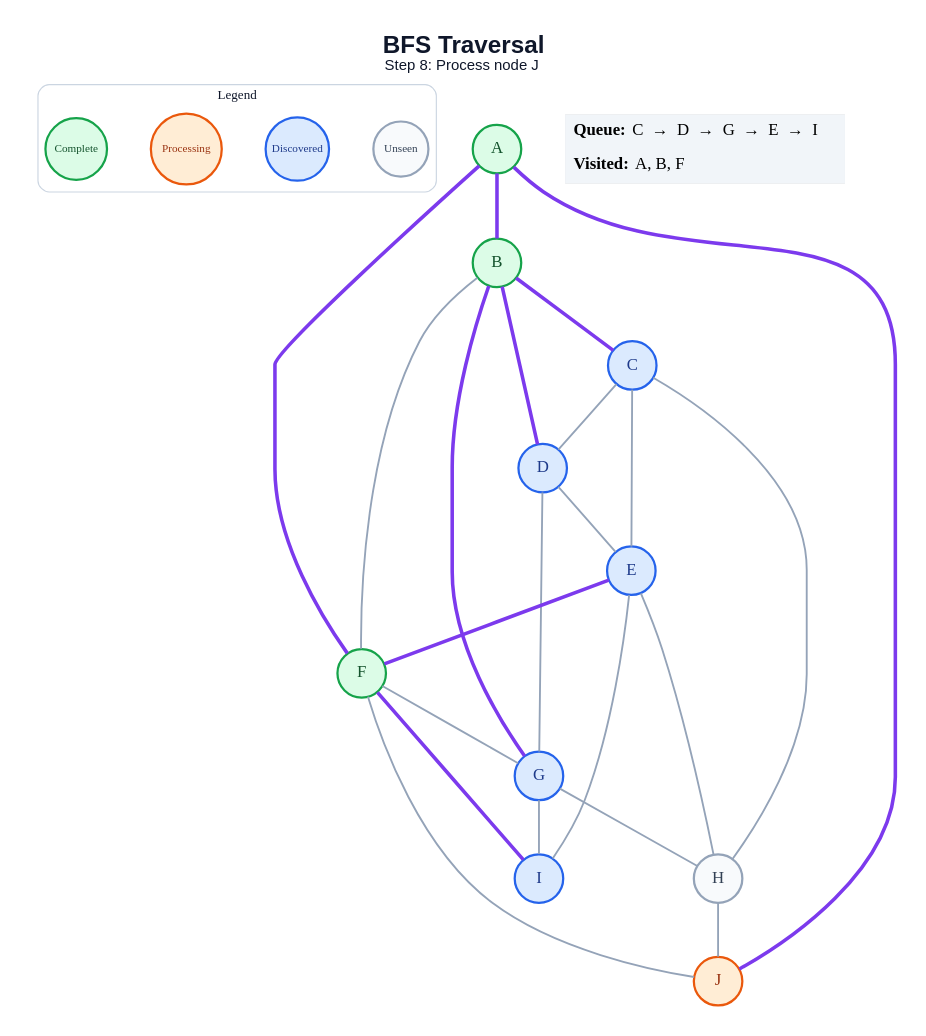
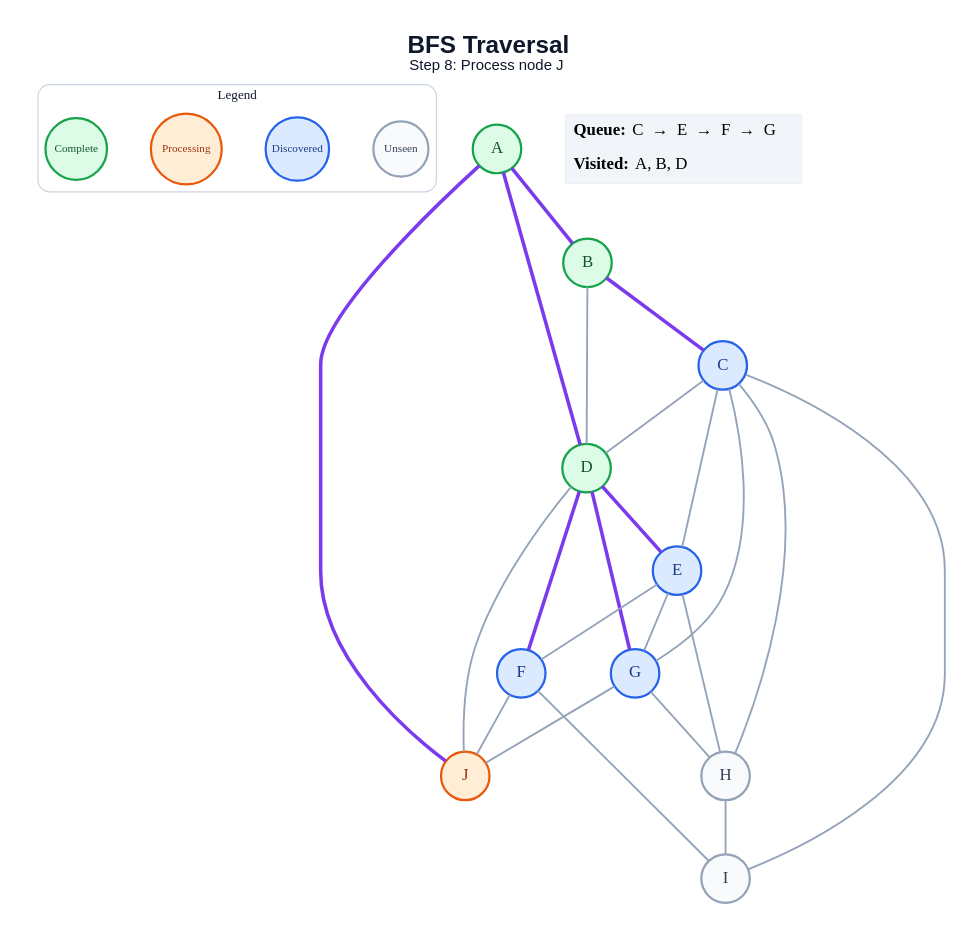
Before and after one commit to anon7238593-create/ai-slop: the diagram in generated/bfs/step_08.dot, drawn with Graphviz. The commit also changed 171 other files, not shown here.

```diff
--- a/generated/bfs/step_08.dot
+++ b/generated/bfs/step_08.dot
@@ -1,50 +1,51 @@
 graph traversal {
   graph [layout=dot, rankdir=TB, bgcolor="#FFFFFF", pad="0.35", nodesep="0.65", ranksep="0.8", fontname="Arial"];
   node [shape=circle, style="filled", fontname="Arial Bold", fontsize=18, width=0.72, fixedsize=true, penwidth=2.4];
   edge [color="#94A3B8", penwidth=2.0];
   label=<<B>BFS Traversal</B><BR/><FONT POINT-SIZE="16">Step 8: Process node J</FONT>>; labelloc="t"; fontsize=26; fontname="Arial"; fontcolor="#0F172A";
   subgraph cluster_legend { label="Legend"; color="#CBD5E1"; penwidth=1.2; style="rounded"; fontsize=14; fontname="Arial Bold";
     key_unseen [label="Unseen", fillcolor="#F8FAFC", color="#94A3B8", fontcolor="#334155", fontsize=12, width=0.82];
     key_frontier [label="Discovered", fillcolor="#DBEAFE", color="#2563EB", fontcolor="#1E3A8A", fontsize=12, width=0.95];
     key_current [label="Processing", fillcolor="#FFEDD5", color="#EA580C", fontcolor="#9A3412", fontsize=12, width=1.05];
     key_done [label="Complete", fillcolor="#DCFCE7", color="#16A34A", fontcolor="#14532D", fontsize=12, width=0.92];
     { rank=same; key_unseen; key_frontier; key_current; key_done; }
   }
   A [fillcolor="#DCFCE7", color="#16A34A", fontcolor="#14532D"];
   B [fillcolor="#DCFCE7", color="#16A34A", fontcolor="#14532D"];
   C [fillcolor="#DBEAFE", color="#2563EB", fontcolor="#1E3A8A"];
-  D [fillcolor="#DBEAFE", color="#2563EB", fontcolor="#1E3A8A"];
+  D [fillcolor="#DCFCE7", color="#16A34A", fontcolor="#14532D"];
   E [fillcolor="#DBEAFE", color="#2563EB", fontcolor="#1E3A8A"];
-  F [fillcolor="#DCFCE7", color="#16A34A", fontcolor="#14532D"];
+  F [fillcolor="#DBEAFE", color="#2563EB", fontcolor="#1E3A8A"];
   G [fillcolor="#DBEAFE", color="#2563EB", fontcolor="#1E3A8A"];
   H [fillcolor="#F8FAFC", color="#94A3B8", fontcolor="#334155"];
-  I [fillcolor="#DBEAFE", color="#2563EB", fontcolor="#1E3A8A"];
+  I [fillcolor="#F8FAFC", color="#94A3B8", fontcolor="#334155"];
   J [fillcolor="#FFEDD5", color="#EA580C", fontcolor="#9A3412"];
   A -- B [color="#7C3AED", penwidth=3.8];
-  A -- F [color="#7C3AED", penwidth=3.8];
+  A -- D [color="#7C3AED", penwidth=3.8];
   A -- J [color="#7C3AED", penwidth=3.8];
   B -- C [color="#7C3AED", penwidth=3.8];
-  B -- D [color="#7C3AED", penwidth=3.8];
-  B -- F;
-  B -- G [color="#7C3AED", penwidth=3.8];
+  B -- D;
   C -- D;
   C -- E;
+  C -- G;
   C -- H;
-  D -- E;
-  D -- G;
-  E -- F [color="#7C3AED", penwidth=3.8];
+  C -- I;
+  D -- E [color="#7C3AED", penwidth=3.8];
+  D -- F [color="#7C3AED", penwidth=3.8];
+  D -- G [color="#7C3AED", penwidth=3.8];
+  D -- J;
+  E -- F;
+  E -- G;
   E -- H;
-  E -- I;
-  F -- G;
-  F -- I [color="#7C3AED", penwidth=3.8];
+  F -- I;
   F -- J;
   G -- H;
-  G -- I;
-  H -- J;
+  G -- J;
+  H -- I;
   status [shape=plain, fixedsize=false, width=0, height=0, margin=0, label=<
     <TABLE BORDER="0" CELLBORDER="0" CELLPADDING="7" BGCOLOR="#F1F5F9">
-      <TR><TD ALIGN="LEFT"><B>Queue:</B> C  →  D  →  G  →  E  →  I</TD></TR>
-      <TR><TD ALIGN="LEFT"><B>Visited:</B> A, B, F</TD></TR>
+      <TR><TD ALIGN="LEFT"><B>Queue:</B> C  →  E  →  F  →  G</TD></TR>
+      <TR><TD ALIGN="LEFT"><B>Visited:</B> A, B, D</TD></TR>
     </TABLE>
   >];
 }
```
